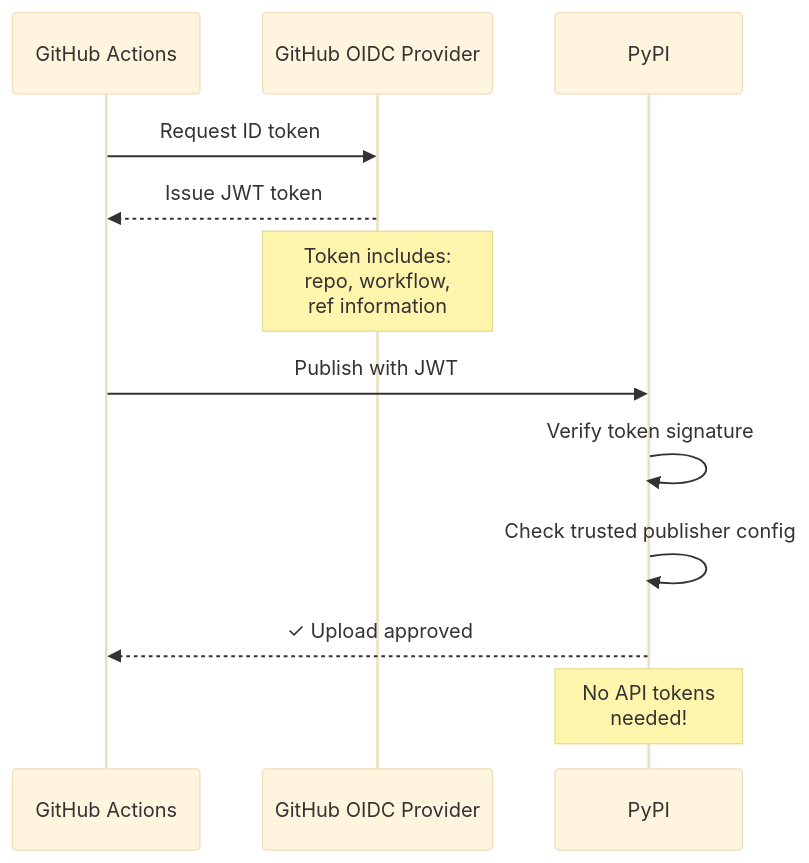
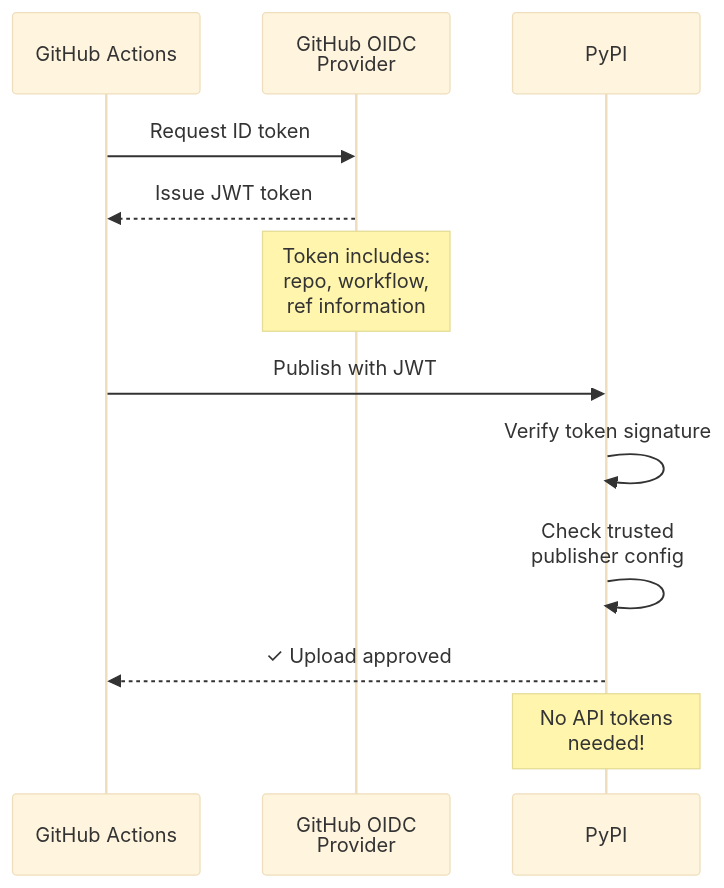
Diagram 16 of 18 in .github/RELEASE_PROCESS.md (minouris/spafw37), drawn with Mermaid (base theme) before and after one commit. The commit also changed other lines of this file, not shown here.

````diff
--- a/.github/RELEASE_PROCESS.md
+++ b/.github/RELEASE_PROCESS.md
@@ -804,17 +1298,17 @@
 ```mermaid
 sequenceDiagram
     participant GH as GitHub Actions
-    participant OIDC as GitHub OIDC Provider
+    participant OIDC as GitHub OIDC<br/>Provider
     participant PyPI as PyPI
     
     GH->>OIDC: Request ID token
     OIDC-->>GH: Issue JWT token
     Note over OIDC: Token includes:<br/>repo, workflow,<br/>ref information
     
     GH->>PyPI: Publish with JWT
     PyPI->>PyPI: Verify token signature
-    PyPI->>PyPI: Check trusted publisher config
+    PyPI->>PyPI: Check trusted<br/>publisher config
     PyPI-->>GH: ✓ Upload approved
     
     Note over PyPI: No API tokens<br/>needed!
 ```
````
